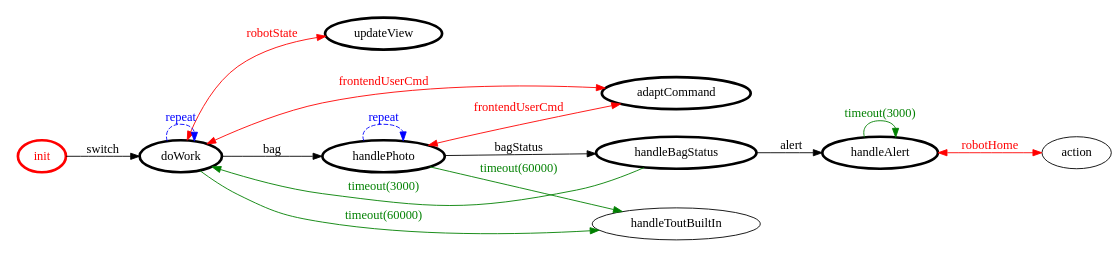
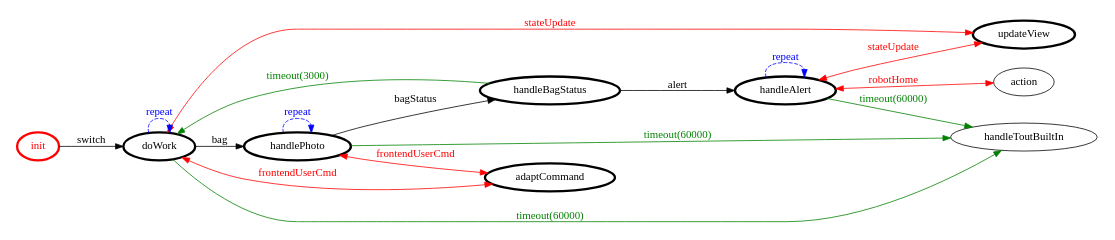
The diagram in project/srcMore/it/unibo/console/console.gv (NiccoMlt/ISS-2018-Final-Task), drawn with Graphviz before and after one commit. The commit also changed 13 other files, not shown here.

```diff
--- a/project/srcMore/it/unibo/console/console.gv
+++ b/project/srcMore/it/unibo/console/console.gv
@@ -1,34 +1,36 @@
 /*
 *
 * A GraphViz DOT FSM description 
 * Please use a GraphViz visualizer (like http://www.webgraphviz.com)
 *  
 */
 
 digraph finite_state_machine {
 	rankdir=LR
 	size="8,5"
 	
 	init [ color = red ][ fontcolor = red ][ penwidth = 3 ]
 	updateView [ color = black ][ fontcolor = black ][ penwidth = 3 ]
 	doWork [ color = black ][ fontcolor = black ][ penwidth = 3 ]
 	handlePhoto [ color = black ][ fontcolor = black ][ penwidth = 3 ]
 	adaptCommand [ color = black ][ fontcolor = black ][ penwidth = 3 ]
 	handleBagStatus [ color = black ][ fontcolor = black ][ penwidth = 3 ]
 	handleAlert [ color = black ][ fontcolor = black ][ penwidth = 3 ]
 	
 	doWork -> handlePhoto [ label = "bag" ][ color = black ][ fontcolor = black ]
 	doWork -> handleToutBuiltIn [ label = "timeout(60000)" ][ color = green ][ fontcolor = green ]
 	handlePhoto -> handleToutBuiltIn [ label = "timeout(60000)" ][ color = green ][ fontcolor = green ]
-	doWork -> updateView [ label = "robotState" ][ color = red ][ fontcolor = red ][ dir = both ]
+	doWork -> updateView [ label = "stateUpdate" ][ color = red ][ fontcolor = red ][ dir = both ]
 	doWork -> doWork [ label = "repeat "][ style = dashed ][ color = blue ][ fontcolor = blue ]
 	handleBagStatus -> handleAlert [ label = "alert" ][ color = black ][ fontcolor = black ]
 	handleAlert -> action [ label = "robotHome" ][ color = red ][ fontcolor = red ][ dir = both ]
 	handlePhoto -> adaptCommand [ label = "frontendUserCmd" ][ color = red ][ fontcolor = red ][ dir = both ]
-	handleAlert -> handleAlert [ label = "timeout(3000)" ][ color = green ][ fontcolor = green ]
+	handleAlert -> updateView [ label = "stateUpdate" ][ color = red ][ fontcolor = red ][ dir = both ]
 	init -> doWork [ label = "switch" ][ color = black ][ fontcolor = black ]
 	handlePhoto -> handleBagStatus [ label = "bagStatus" ][ color = black ][ fontcolor = black ]
+	handleAlert -> handleAlert [ label = "repeat "][ style = dashed ][ color = blue ][ fontcolor = blue ]
 	handleBagStatus -> doWork [ label = "timeout(3000)" ][ color = green ][ fontcolor = green ]
 	handlePhoto -> handlePhoto [ label = "repeat "][ style = dashed ][ color = blue ][ fontcolor = blue ]
+	handleAlert -> handleToutBuiltIn [ label = "timeout(60000)" ][ color = green ][ fontcolor = green ]
 	doWork -> adaptCommand [ label = "frontendUserCmd" ][ color = red ][ fontcolor = red ][ dir = both ]
 }
```
